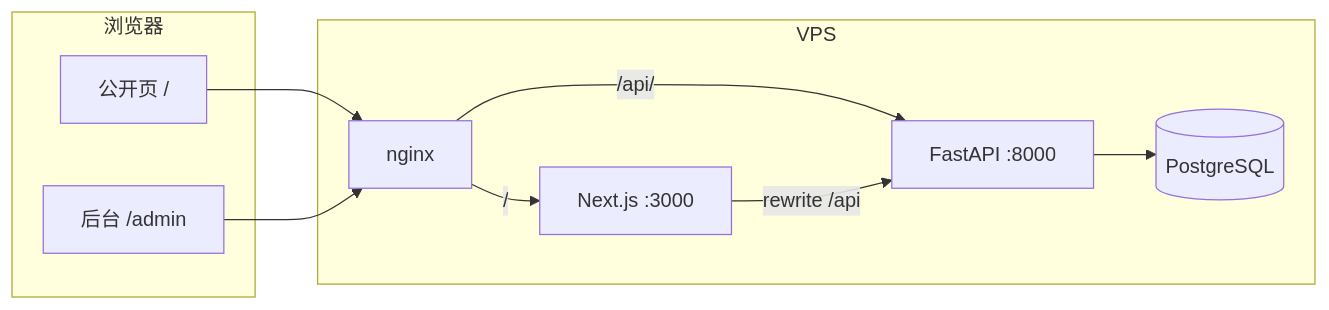
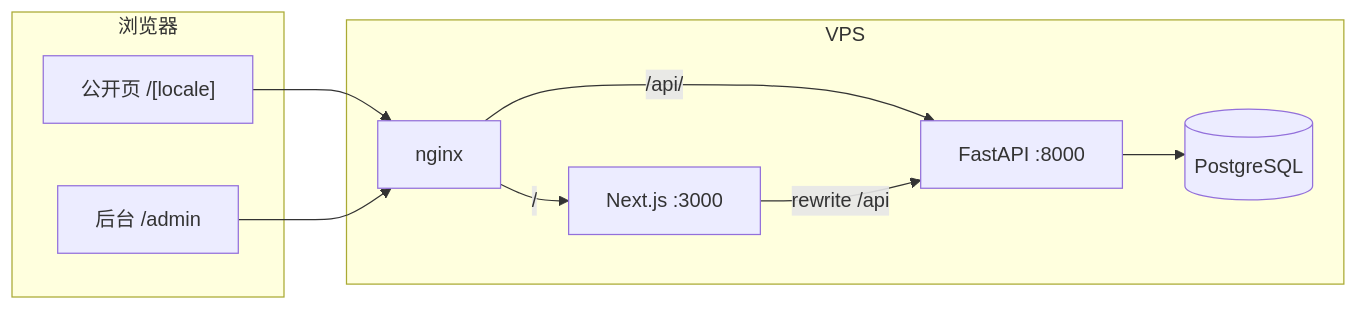
One commit to xiongxianzhu/xblog changed the diagram in README.md. Above: the diagram before and after it, drawn with Mermaid. The commit also changed other lines of this file and 5 other files, not shown here.

````diff
--- a/README.md
+++ b/README.md
@@ -74,21 +77,21 @@
 ```mermaid
 flowchart LR
   subgraph Browser["浏览器"]
-    P["公开页 /"]
+    P["公开页 /[locale]"]
     A["后台 /admin"]
   end
 
   subgraph VPS["VPS"]
     N["nginx"]
     W["Next.js :3000"]
     B["FastAPI :8000"]
     DB[(PostgreSQL)]
   end
 
   P --> N
   A --> N
   N -->|"/"| W
   N -->|"/api/"| B
   W -->|rewrite /api| B
   B --> DB
 ```
````
